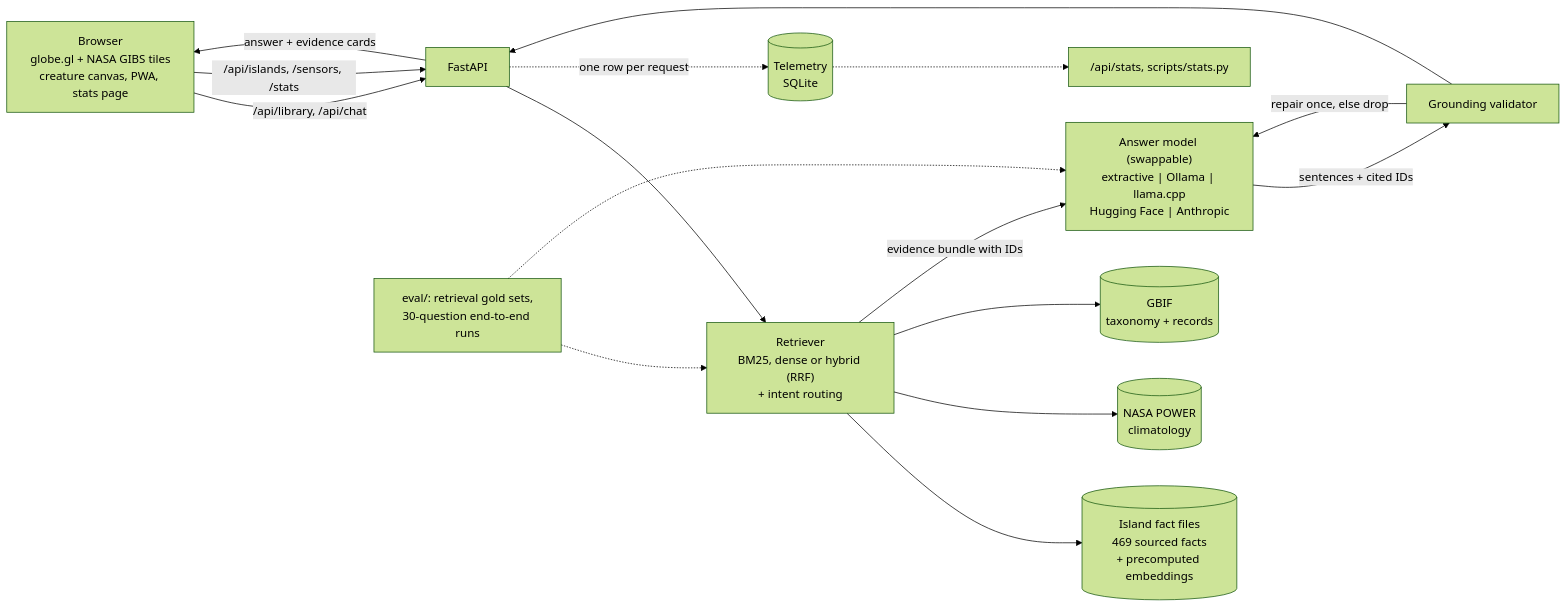
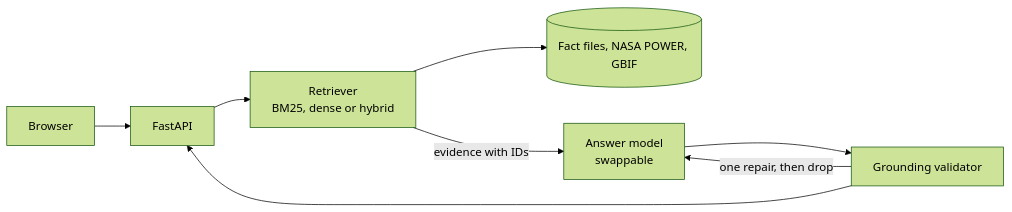
The diagram in README.md (hudasol/island-echoes), drawn with Mermaid (forest theme) before and after one commit. The commit also changed other lines of this file and 6 other files, not shown here.

````diff
--- a/README.md
+++ b/README.md
@@ -46,18 +52,10 @@
 ```mermaid
 flowchart LR
-  UI["Browser<br/>globe.gl + NASA GIBS tiles<br/>creature canvas, PWA, stats page"] -->|"/api/library, /api/chat"| API[FastAPI]
-  UI -->|"/api/islands, /sensors, /stats"| API
-  API --> RET["Retriever<br/>BM25, dense or hybrid (RRF)<br/>+ intent routing"]
-  RET --> F[("Island fact files<br/>469 sourced facts<br/>+ precomputed embeddings")]
-  RET --> P[("NASA POWER<br/>climatology")]
-  RET --> G[("GBIF<br/>taxonomy + records")]
-  RET -->|"evidence bundle with IDs"| LLM["Answer model (swappable)<br/>extractive | Ollama | llama.cpp<br/>Hugging Face | Anthropic"]
-  LLM -->|"sentences + cited IDs"| VAL["Grounding validator"]
-  VAL -->|"repair once, else drop"| LLM
+  UI["Browser"] --> API[FastAPI]
+  API --> RET["Retriever<br/>BM25, dense or hybrid"]
+  RET --> SRC[("Fact files, NASA POWER, GBIF")]
+  RET -->|"evidence with IDs"| LLM["Answer model<br/>swappable"]
+  LLM --> VAL["Grounding validator"]
+  VAL -->|"one repair, then drop"| LLM
   VAL --> API
-  API -->|"answer + evidence cards"| UI
-  API -.->|"one row per request"| TEL[("Telemetry<br/>SQLite")]
-  TEL -.-> STATS["/api/stats, scripts/stats.py"]
-  EVAL["eval/: retrieval gold sets,<br/>30-question end-to-end runs"] -.-> RET
-  EVAL -.-> LLM
 ```
````
